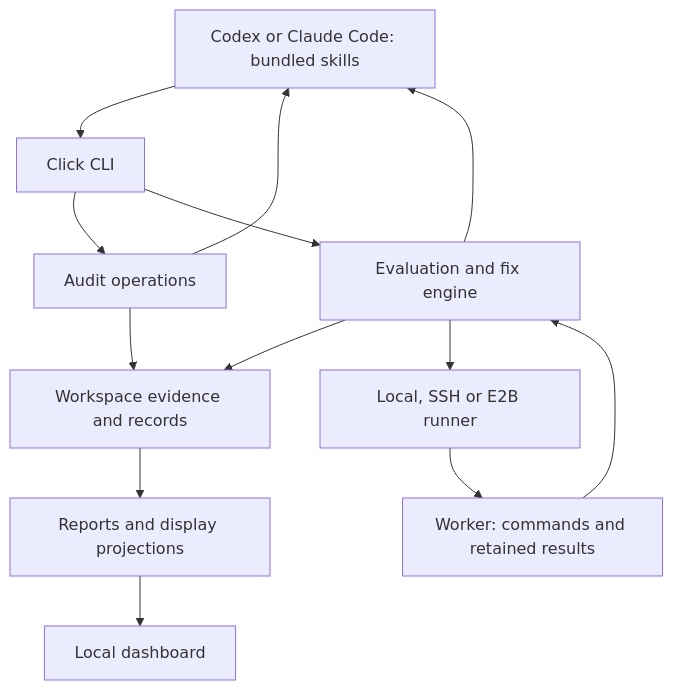
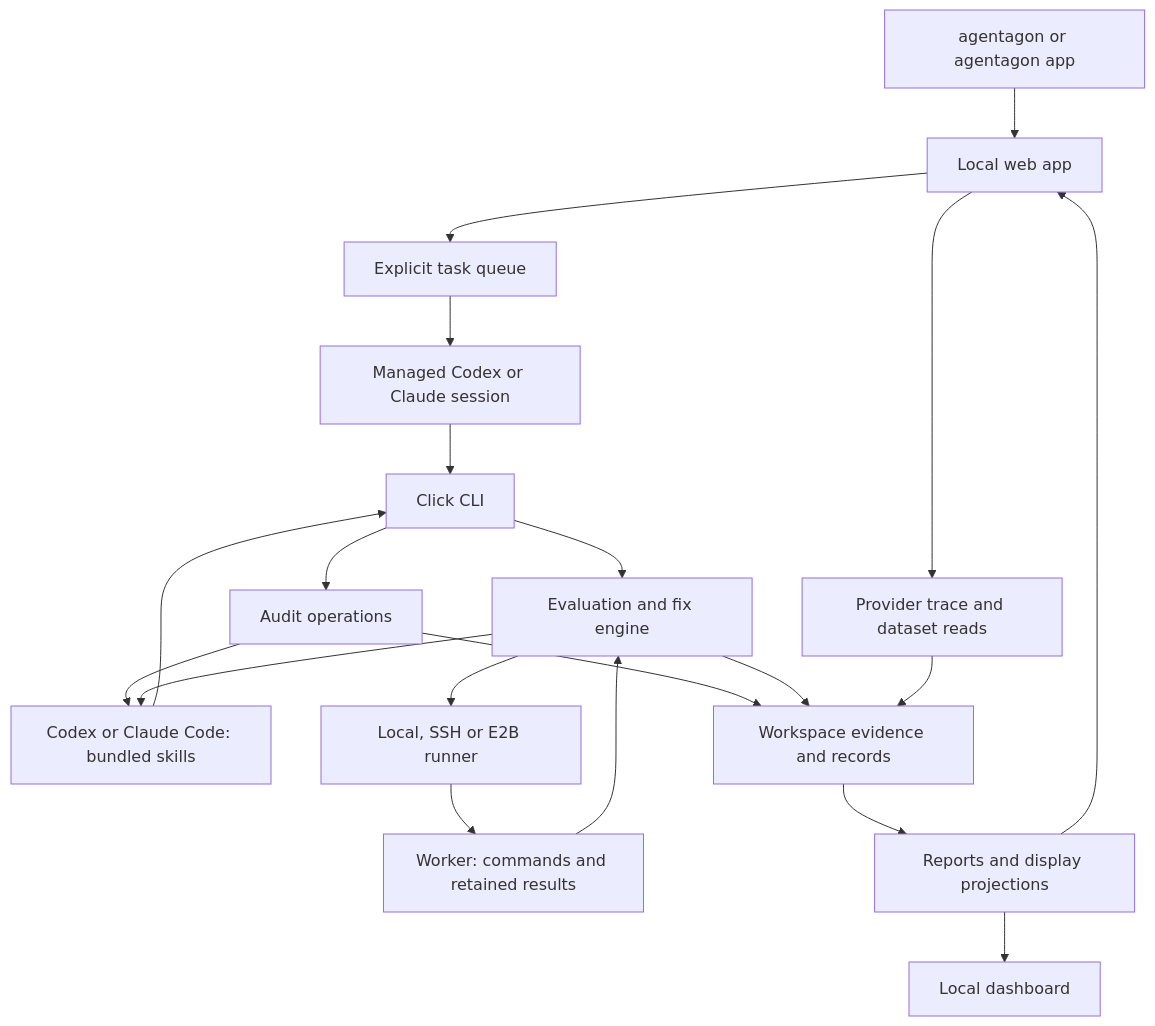
One commit to agentagon/agentagon changed the diagram in docs/contributing/architecture.md. Above: the diagram before and after it, drawn with Mermaid. The commit also changed other lines of this file and 59 other files, not shown here.

Commit message:
Document web app workflow and extend browser CI

````diff
--- a/docs/contributing/architecture.md
+++ b/docs/contributing/architecture.md
@@ -15,15 +17,22 @@
 ```mermaid
 flowchart TD
+    L[agentagon or agentagon app] --> U[Local web app]
+    U --> J[Explicit task queue]
+    J --> M[Managed Codex or Claude session]
+    M --> C[Click CLI]
     H[Codex or Claude Code: bundled skills] --> C[Click CLI]
     C --> A[Audit operations]
     C --> E[Evaluation and fix engine]
     A --> W[Workspace evidence and records]
     E --> W
     E --> R[Local, SSH or E2B runner]
     R --> K[Worker: commands and retained results]
     K --> E
     W --> P[Reports and display projections]
     P --> D[Local dashboard]
+    P --> U
+    U --> T[Provider trace and dataset reads]
+    T --> W
     A --> H
     E --> H
 ```
````
